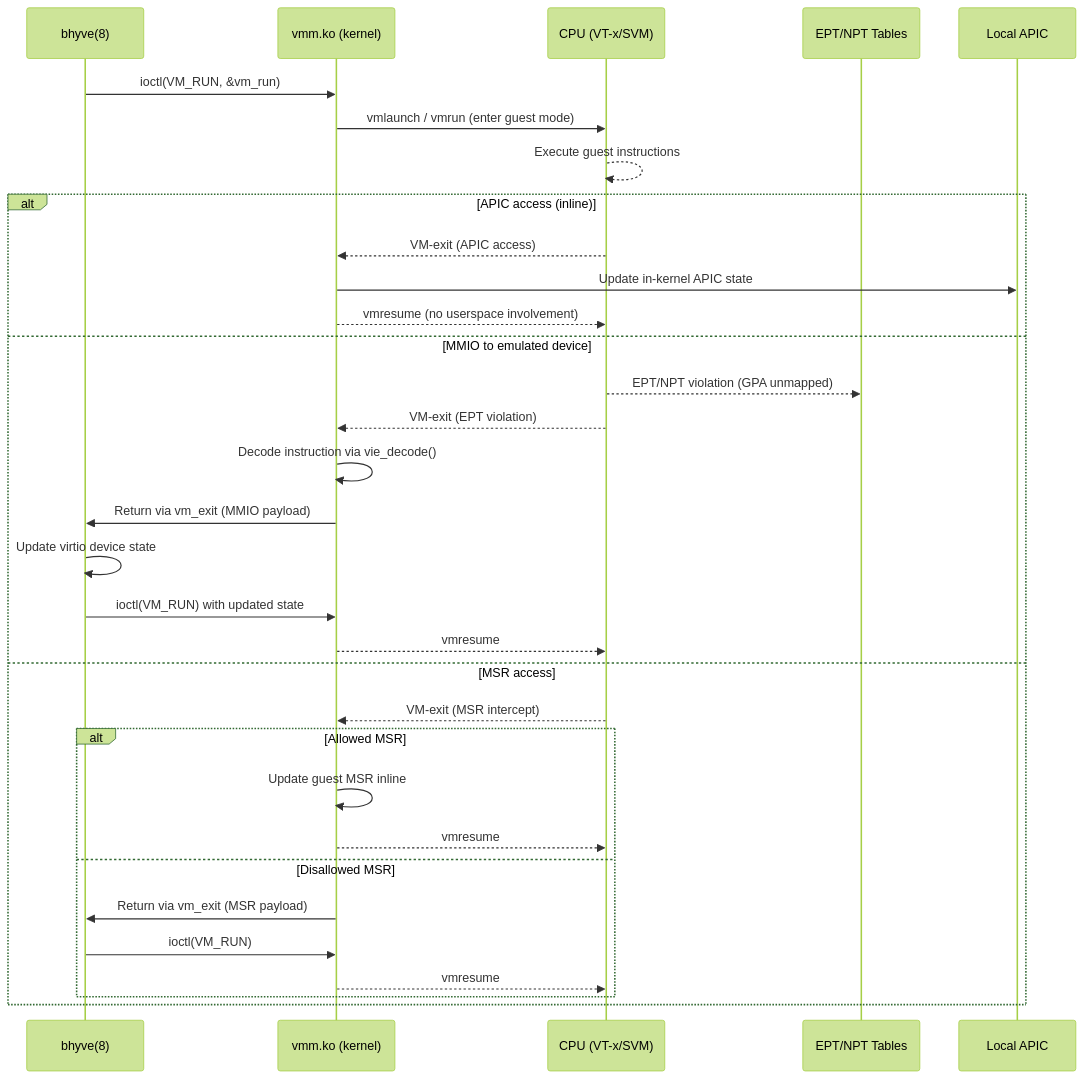
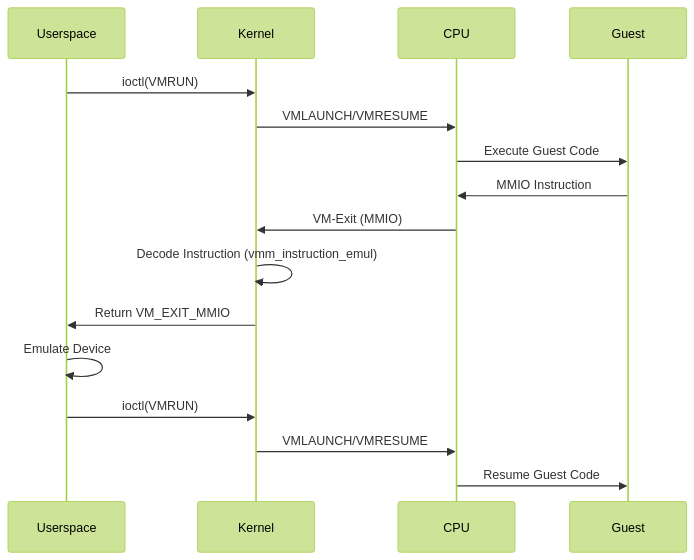
Before and after one commit to ocochard/freebsd-src: the diagram in sys/amd64/vmm/README.md, drawn with Mermaid (forest theme). The commit also changed other lines of this file and 26 other files, not shown here.

````diff
--- a/sys/amd64/vmm/README.md
+++ b/sys/amd64/vmm/README.md
@@ -220,35 +189,19 @@
 ```mermaid
 sequenceDiagram
-    participant Userspace as bhyve(8)
-    participant VMM as vmm.ko (kernel)
-    participant CPU as CPU (VT-x/SVM)
-    participant EPT as EPT/NPT Tables
-    participant APIC as Local APIC
+    participant Userspace
+    participant Kernel
+    participant CPU
+    participant Guest
 
-    Userspace->>VMM: ioctl(VM_RUN, &vm_run)
-    VMM->>CPU: vmlaunch / vmrun (enter guest mode)
-    CPU-->>CPU: Execute guest instructions
-    alt APIC access (inline)
-        CPU-->>VMM: VM-exit (APIC access)
-        VMM->>APIC: Update in-kernel APIC state
-        VMM-->>CPU: vmresume (no userspace involvement)
-    else MMIO to emulated device
-        CPU-->>EPT: EPT/NPT violation (GPA unmapped)
-        CPU-->>VMM: VM-exit (EPT violation)
-        VMM->>VMM: Decode instruction via vie_decode()
-        VMM->>Userspace: Return via vm_exit (MMIO payload)
-        Userspace->>Userspace: Update virtio device state
-        Userspace->>VMM: ioctl(VM_RUN) with updated state
-        VMM-->>CPU: vmresume
-    else MSR access
-        CPU-->>VMM: VM-exit (MSR intercept)
-        alt Allowed MSR
-            VMM->>VMM: Update guest MSR inline
-            VMM-->>CPU: vmresume
-        else Disallowed MSR
-            VMM->>Userspace: Return via vm_exit (MSR payload)
-            Userspace->>VMM: ioctl(VM_RUN)
-            VMM-->>CPU: vmresume
-        end
-    end
+    Userspace->>Kernel: ioctl(VMRUN)
+    Kernel->>CPU: VMLAUNCH/VMRESUME
+    CPU->>Guest: Execute Guest Code
+    Guest->>CPU: MMIO Instruction
+    CPU->>Kernel: VM-Exit (MMIO)
+    Kernel->>Kernel: Decode Instruction (vmm_instruction_emul)
+    Kernel->>Userspace: Return VM_EXIT_MMIO
+    Userspace->>Userspace: Emulate Device
+    Userspace->>Kernel: ioctl(VMRUN)
+    Kernel->>CPU: VMLAUNCH/VMRESUME
+    CPU->>Guest: Resume Guest Code
 ```
````
